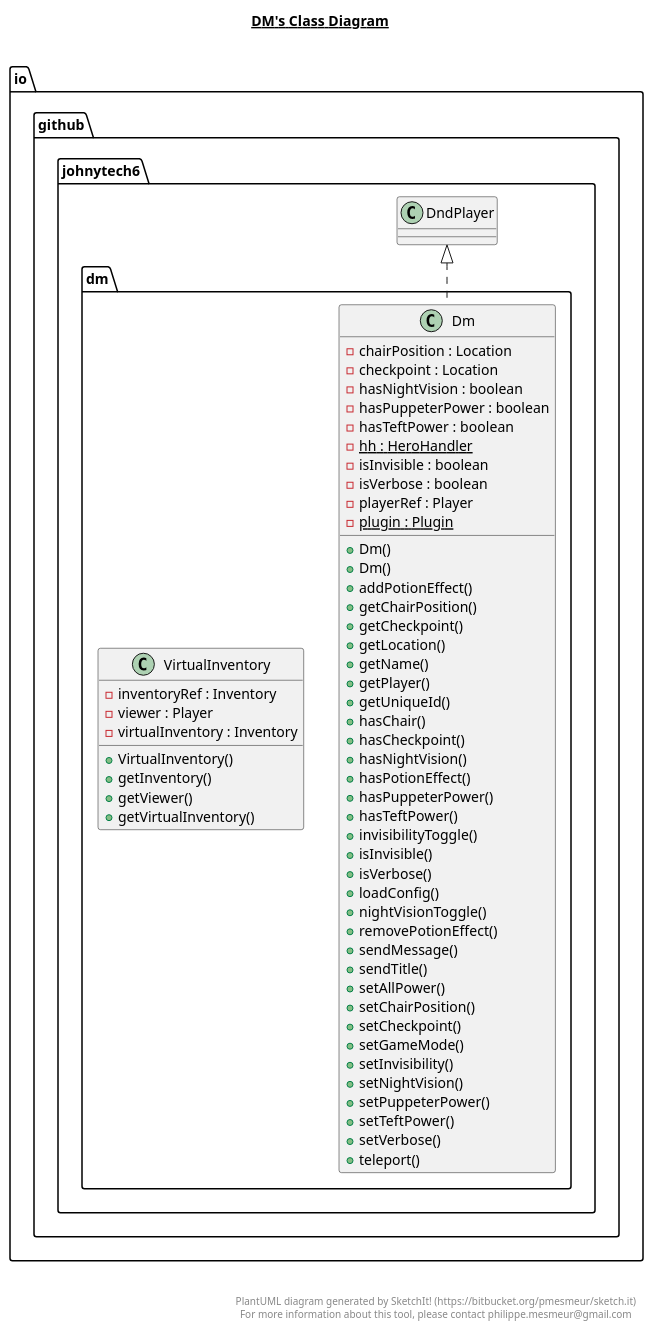
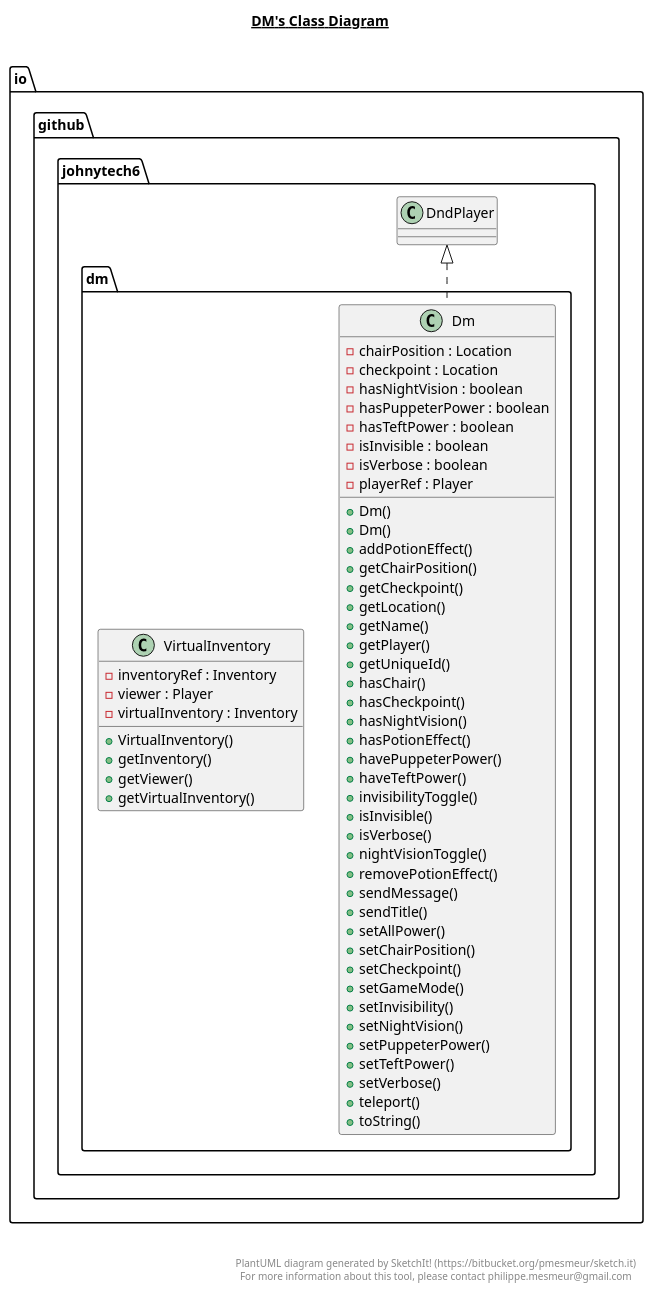
Before and after one commit to Jean-Lamarre/Johnytech6s_Plugin: the diagram in src/main/java/io/github/johnytech6/dm/dm.plantuml, drawn with PlantUML. The commit also changed 42 other files, not shown here.

```diff
--- a/src/main/java/io/github/johnytech6/dm/dm.plantuml
+++ b/src/main/java/io/github/johnytech6/dm/dm.plantuml
@@ -1,76 +1,79 @@
 @startuml
 
 title __DM's Class Diagram__\n
 
   namespace io.github.johnytech6 {
     namespace dm {
       class io.github.johnytech6.dm.Dm {
           - chairPosition : Location
           - checkpoint : Location
           - hasNightVision : boolean
           - hasPuppeterPower : boolean
           - hasTeftPower : boolean
-          {static} - hh : HeroHandler
           - isInvisible : boolean
           - isVerbose : boolean
           - playerRef : Player
-          {static} - plugin : Plugin
           + Dm()
           + Dm()
           + addPotionEffect()
           + getChairPosition()
           + getCheckpoint()
           + getLocation()
           + getName()
           + getPlayer()
           + getUniqueId()
           + hasChair()
           + hasCheckpoint()
           + hasNightVision()
           + hasPotionEffect()
-          + hasPuppeterPower()
-          + hasTeftPower()
+          + havePuppeterPower()
+          + haveTeftPower()
           + invisibilityToggle()
           + isInvisible()
           + isVerbose()
-          + loadConfig()
           + nightVisionToggle()
           + removePotionEffect()
           + sendMessage()
           + sendTitle()
           + setAllPower()
           + setChairPosition()
           + setCheckpoint()
           + setGameMode()
           + setInvisibility()
           + setNightVision()
           + setPuppeterPower()
           + setTeftPower()
           + setVerbose()
           + teleport()
+          + toString()
       }
+    }
+  }
+  
 
+  namespace io.github.johnytech6 {
+    namespace dm {
       class io.github.johnytech6.dm.VirtualInventory {
           - inventoryRef : Inventory
           - viewer : Player
           - virtualInventory : Inventory
           + VirtualInventory()
           + getInventory()
           + getViewer()
           + getVirtualInventory()
       }
     }
   }
   
 
   io.github.johnytech6.dm.Dm .up.|> io.github.johnytech6.DndPlayer
 
 
 right footer
 
 
 PlantUML diagram generated by SketchIt! (https://bitbucket.org/pmesmeur/sketch.it)
 For more information about this tool, please contact philippe.mesmeur@gmail.com
 endfooter
 
 @enduml
```
